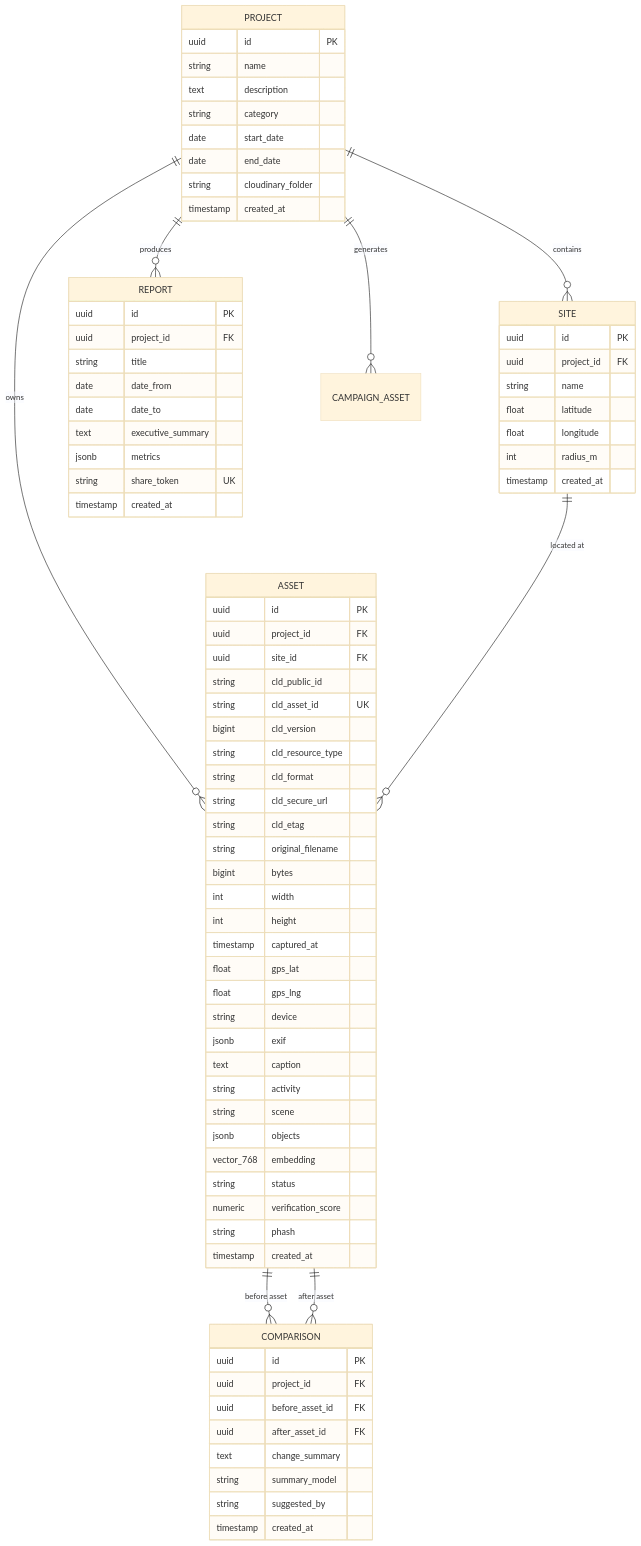
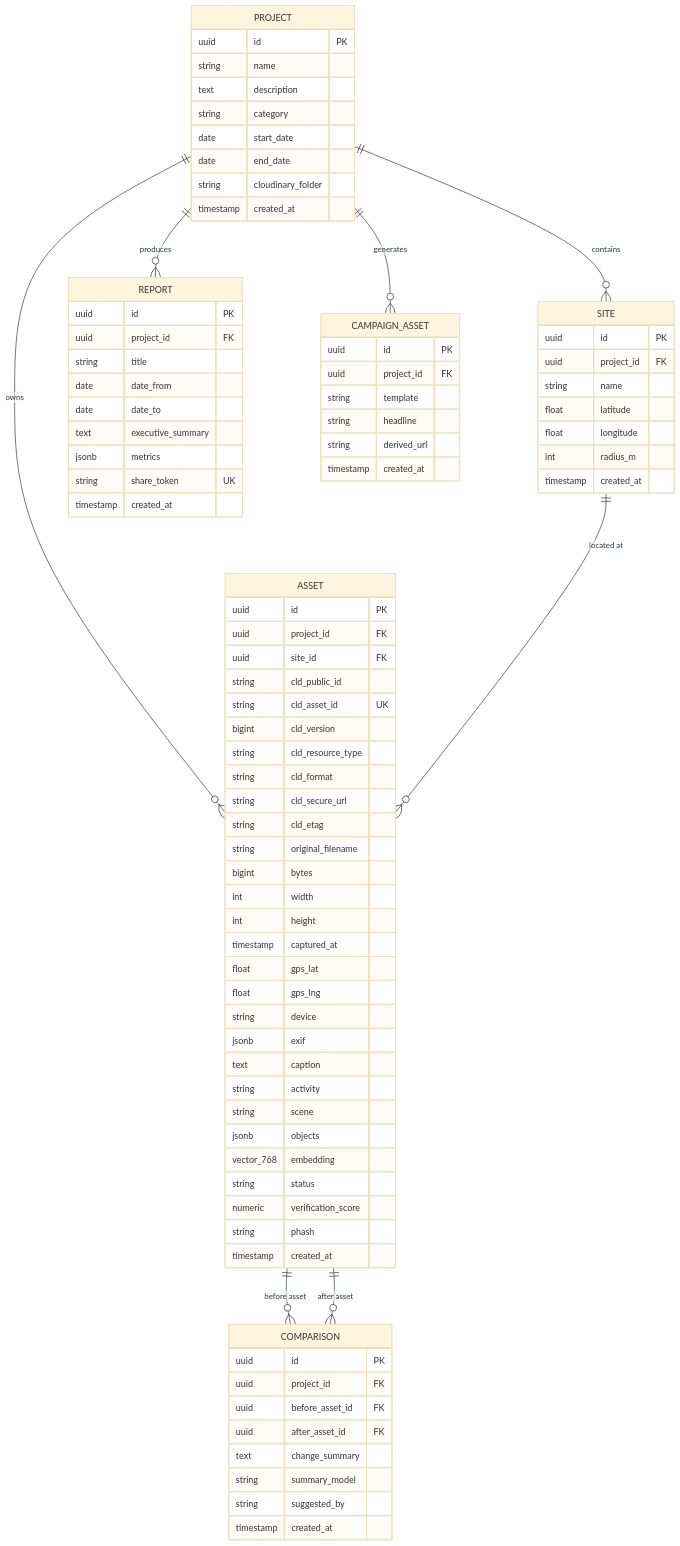
Before and after one commit to ayushmishra-18/ImpactLens: the second of 2 diagrams in README.md, drawn with Mermaid (base theme). The commit also changed other lines of this file, not shown here.

Commit message:
fix(docs): fix Mermaid diagram lexical error for GitHub renderer

````diff
--- a/README.md
+++ b/README.md
@@ -204,4 +204,13 @@
         string share_token UK
         timestamp created_at
     }
+
+    CAMPAIGN_ASSET {
+        uuid id PK
+        uuid project_id FK
+        string template
+        string headline
+        string derived_url
+        timestamp created_at
+    }
 ```
````
